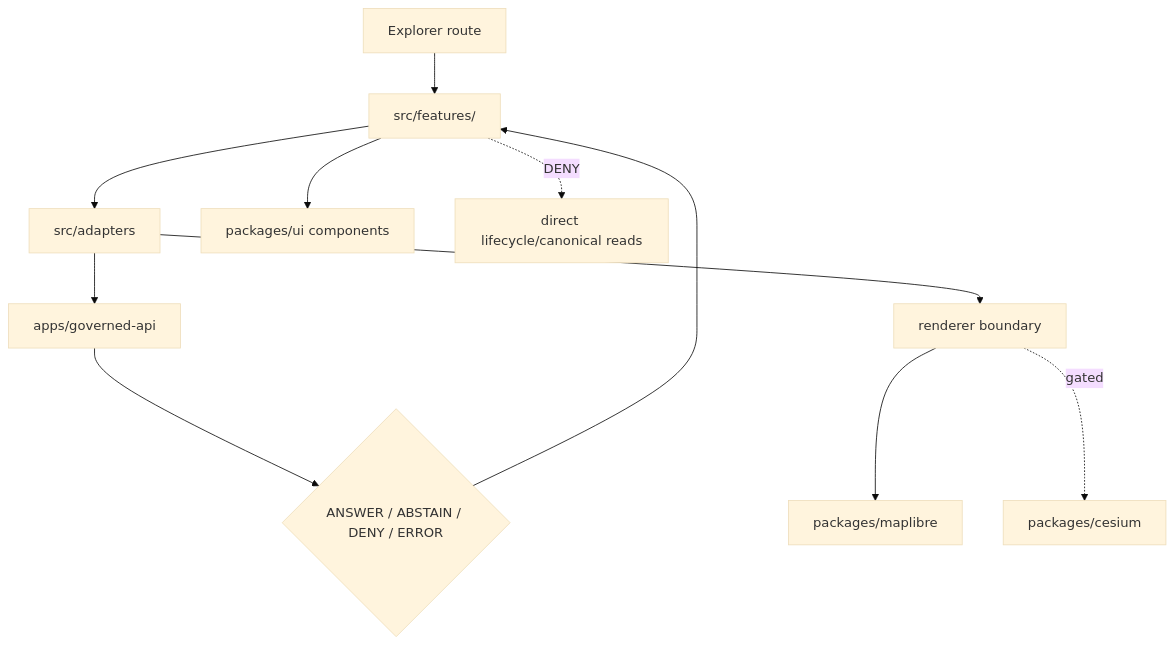
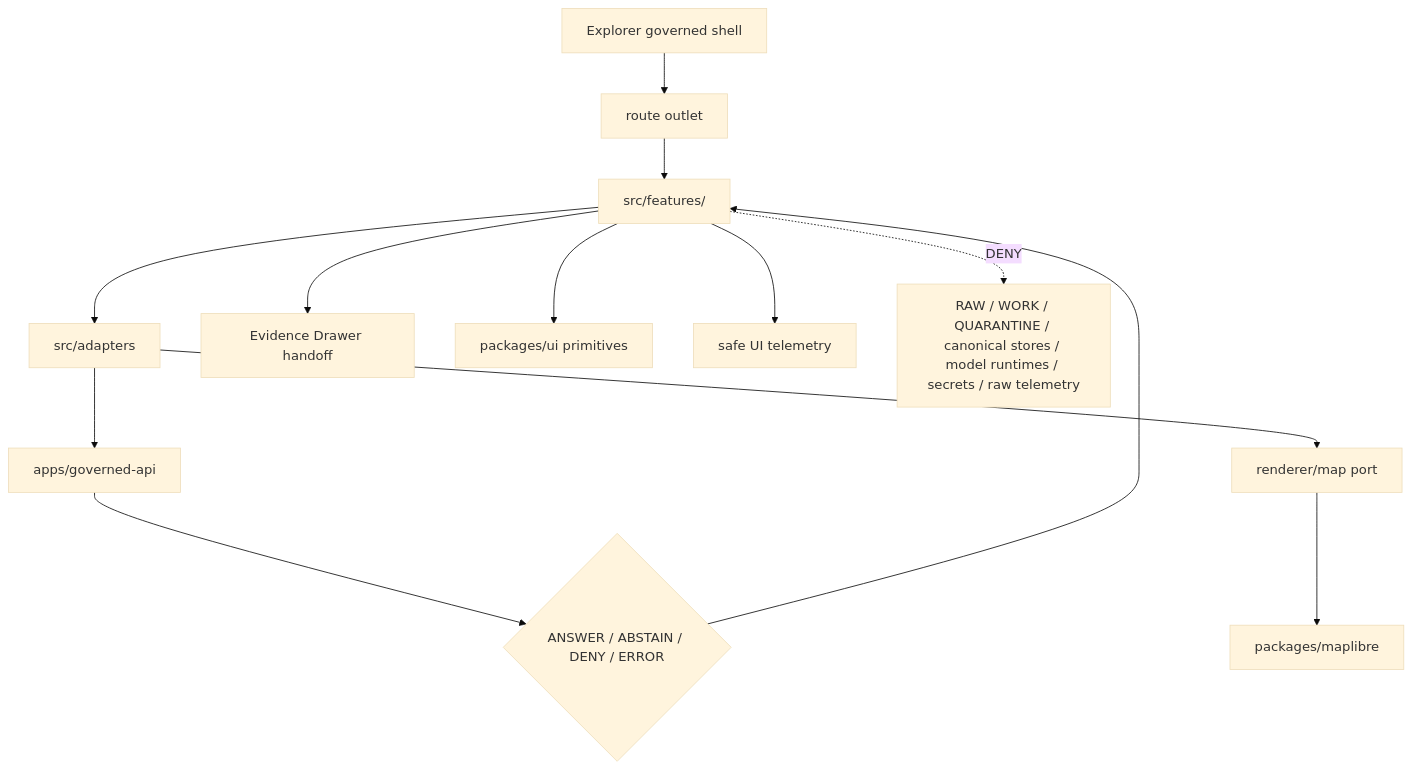
Before and after one commit to bartytime4life/Kansas-Frontier-Matrix: the diagram in apps/explorer-web/src/features/README.md, drawn with Mermaid (base theme). The commit also changed other lines of this file, not shown here.

Commit message:
docs: update explorer features readme

````diff
--- a/apps/explorer-web/src/features/README.md
+++ b/apps/explorer-web/src/features/README.md
@@ -212,13 +300,15 @@
 ```mermaid
 flowchart TD
-    route["Explorer route"] --> feature["src/features/<family>"]
+    shell["Explorer governed shell"] --> route["route outlet"]
+    route --> feature["src/features/<family>"]
     feature --> adapters["src/adapters"]
     adapters --> api["apps/governed-api"]
-    adapters --> map["renderer boundary"]
-    map --> ml["packages/maplibre"]
-    map -. gated .-> cz["packages/cesium"]
+    adapters --> port["renderer/map port"]
+    port --> maplibre["packages/maplibre"]
     api --> outcome{"ANSWER / ABSTAIN / DENY / ERROR"}
     outcome --> feature
-    feature --> ui["packages/ui components"]
-    feature -. DENY .-> data["direct lifecycle/canonical reads"]
+    feature --> drawer["Evidence Drawer handoff"]
+    feature --> ui["packages/ui primitives"]
+    feature --> telemetry["safe UI telemetry"]
+    feature -. DENY .-> raw["RAW / WORK / QUARANTINE / canonical stores / model runtimes / secrets / raw telemetry"]
 ```
````
